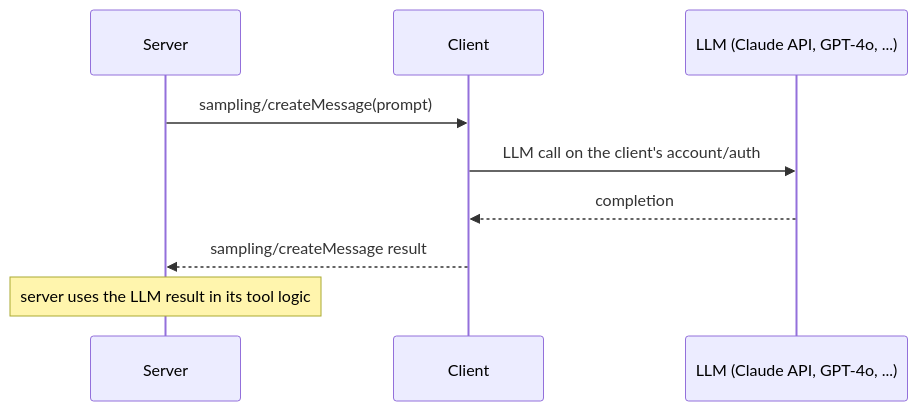
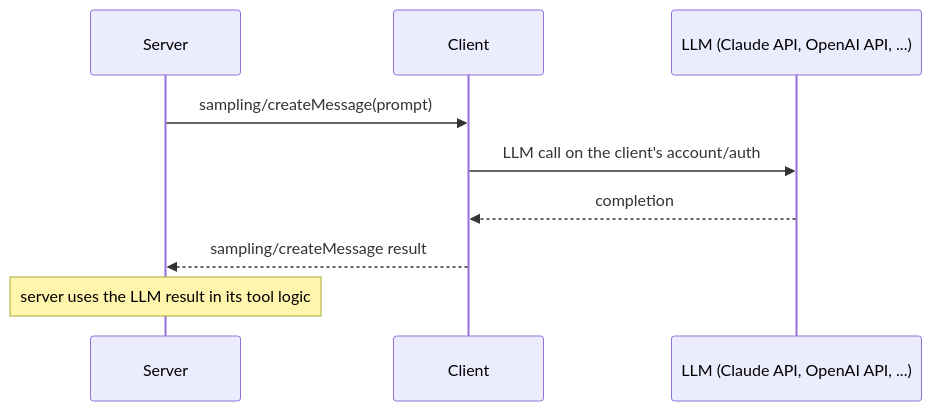
Before and after one commit to rppol/system-design: the second of 2 diagrams in src/main/java/com/rutik/systemdesign/llm/mcp_model_context_protocol/mcp_client_patterns.md, drawn with Mermaid. The commit also changed other lines of this file and 113 other files, not shown here.

````diff
--- a/src/main/java/com/rutik/systemdesign/llm/mcp_model_context_protocol/mcp_client_patterns.md
+++ b/src/main/java/com/rutik/systemdesign/llm/mcp_model_context_protocol/mcp_client_patterns.md
@@ -154,12 +154,12 @@
 ```mermaid
 sequenceDiagram
     participant S as Server
     participant C as Client
-    participant L as LLM (Claude API, GPT-4o, ...)
+    participant L as LLM (Claude API, OpenAI API, ...)
 
     S->>C: sampling/createMessage(prompt)
     C->>L: LLM call on the client's account/auth
     L-->>C: completion
     C-->>S: sampling/createMessage result
     Note over S: server uses the LLM result in its tool logic
 ```
````
